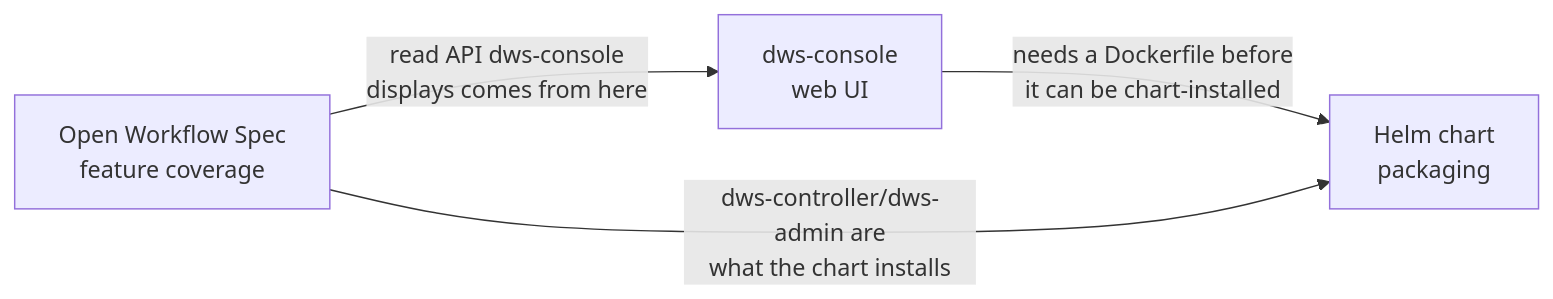
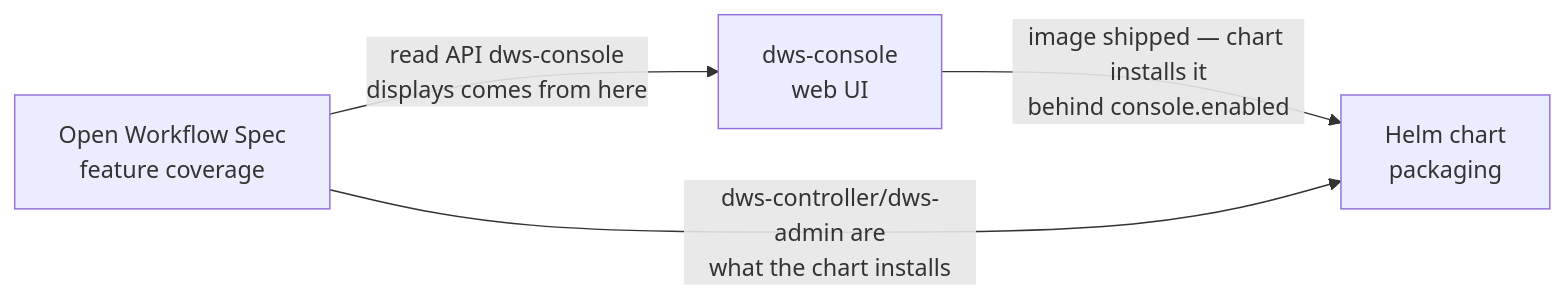
The diagram in docs/roadmaps/README.md (tonylibs/dapr-workflow-spec), drawn with Mermaid before and after one commit. The commit also changed other lines of this file and 2 other files, not shown here.

Commit message:
chore(main): update docs and roadmaps

````diff
--- a/docs/roadmaps/README.md
+++ b/docs/roadmaps/README.md
@@ -18,6 +18,6 @@
 ```mermaid
 flowchart LR
   OWS["Open Workflow Spec<br/>feature coverage"] -->|"read API dws-console<br/>displays comes from here"| CONSOLE["dws-console<br/>web UI"]
-  CONSOLE -->|"needs a Dockerfile before<br/>it can be chart-installed"| HELM["Helm chart<br/>packaging"]
+  CONSOLE -->|"image shipped — chart installs it<br/>behind console.enabled"| HELM["Helm chart<br/>packaging"]
   OWS -->|"dws-controller/dws-admin are<br/>what the chart installs"| HELM
 ```
````
